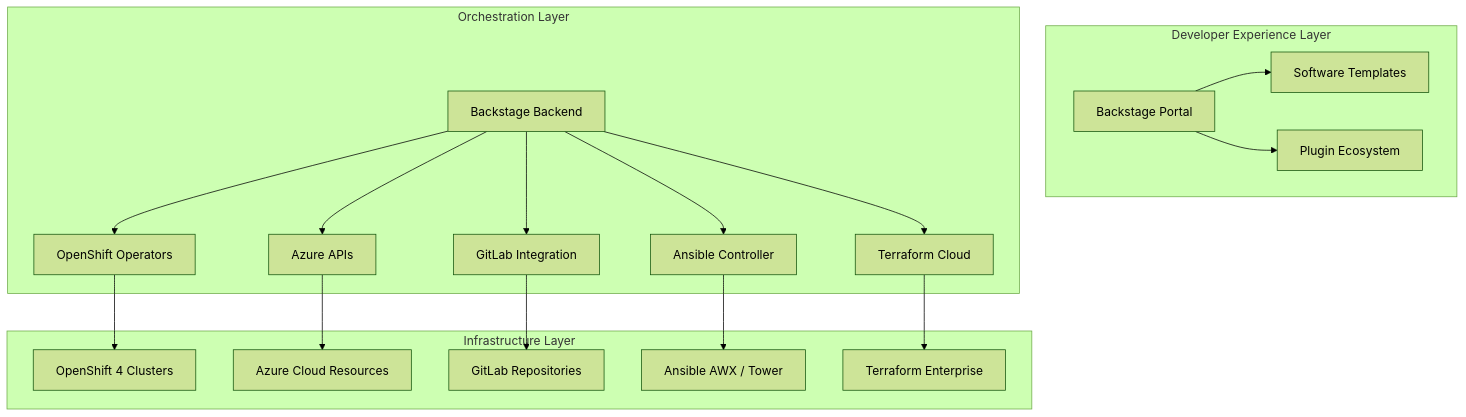
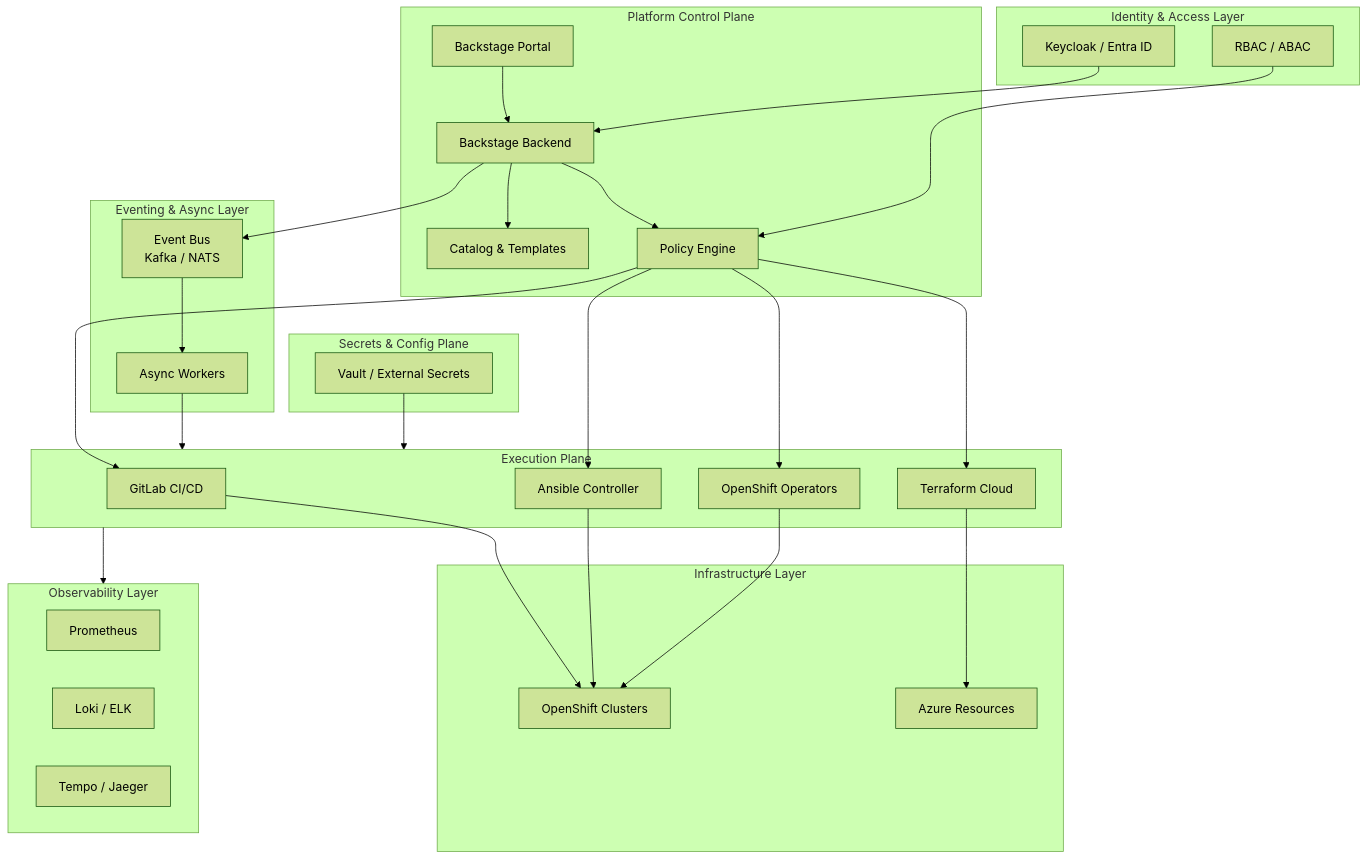
Before and after one commit to stuttgart-things/docs: the diagram in slides/idp-architecture.md, drawn with Mermaid (forest theme). The commit also changed other lines of this file, not shown here.

````diff
--- a/slides/idp-architecture.md
+++ b/slides/idp-architecture.md
@@ -7,29 +20,71 @@
 ```mermaid
 graph TB
-    subgraph "Developer Experience Layer"
-        A[Backstage Portal] --> B[Software Templates]
-        A --> C[Plugin Ecosystem]
+
+    %% Control Plane
+    subgraph CP[Platform Control Plane]
+        A[Backstage Portal]
+        B[Backstage Backend]
+        C[Catalog & Templates]
+        D[Policy Engine]
     end
 
-    subgraph "Orchestration Layer"
-        D[Backstage Backend] --> E[GitLab Integration]
-        D --> F[OpenShift Operators]
-        D --> G[Ansible Controller]
-        D --> H[Terraform Cloud]
-        D --> I[Azure APIs]
+    %% Identity & Policy
+    subgraph IAM[Identity & Access Layer]
+        E[Keycloak / Entra ID]
+        F[RBAC / ABAC]
     end
 
-    subgraph "Infrastructure Layer"
-        J[OpenShift 4 Clusters]
-        K[Azure Cloud Resources]
-        L[GitLab Repositories]
-        M[Ansible AWX / Tower]
-        N[Terraform Enterprise]
+    %% Eventing
+    subgraph EV[Eventing & Async Layer]
+        G[Event Bus
+Kafka / NATS]
+        H[Async Workers]
     end
 
-    E --> L
-    F --> J
-    G --> M
-    H --> N
-    I --> K
+    %% Execution Plane
+    subgraph EP[Execution Plane]
+        I[GitLab CI/CD]
+        J[Ansible Controller]
+        K[Terraform Cloud]
+        L[OpenShift Operators]
+    end
+
+    %% Infrastructure
+    subgraph INF[Infrastructure Layer]
+        M[OpenShift Clusters]
+        N[Azure Resources]
+    end
+
+    %% Observability
+    subgraph OBS[Observability Layer]
+        O[Prometheus]
+        P[Loki / ELK]
+        Q[Tempo / Jaeger]
+    end
+
+    %% Secrets
+    subgraph SEC[Secrets & Config Plane]
+        R[Vault / External Secrets]
+    end
+
+    %% Flows
+    A --> B --> C
+    B --> D
+    D --> I
+    D --> J
+    D --> K
+    D --> L
+
+    B --> G --> H --> EP
+
+    E --> B
+    F --> D
+
+    I --> M
+    J --> M
+    L --> M
+    K --> N
+
+    R --> EP
+    EP --> OBS
 ```
````
